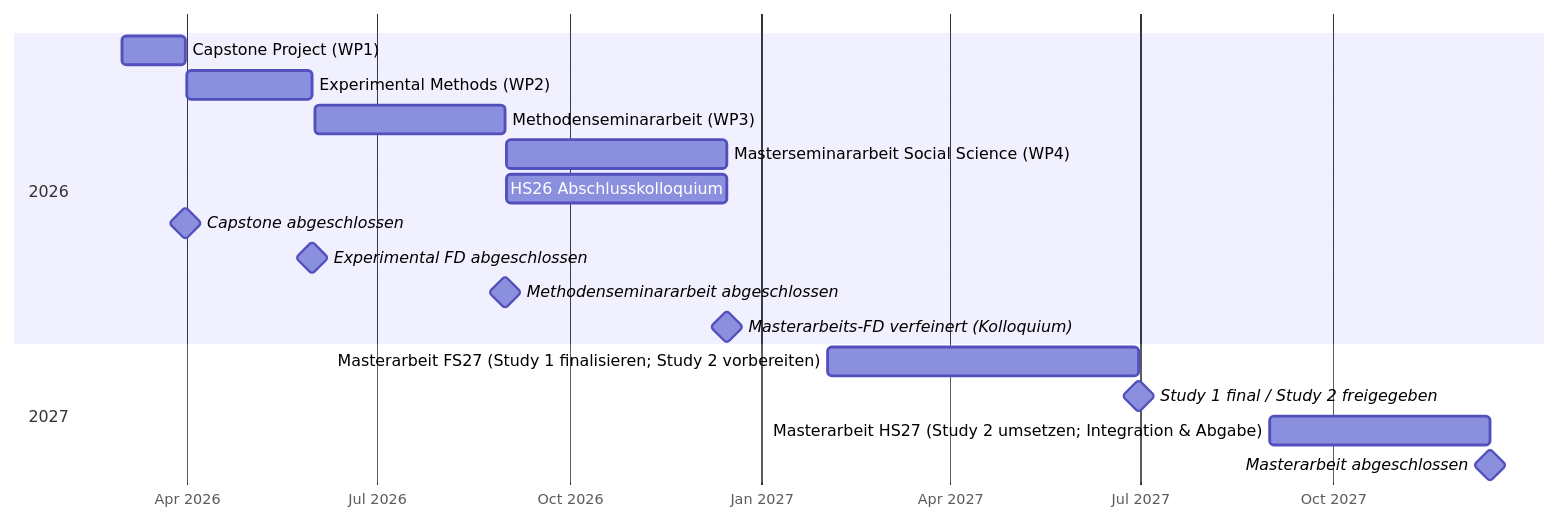
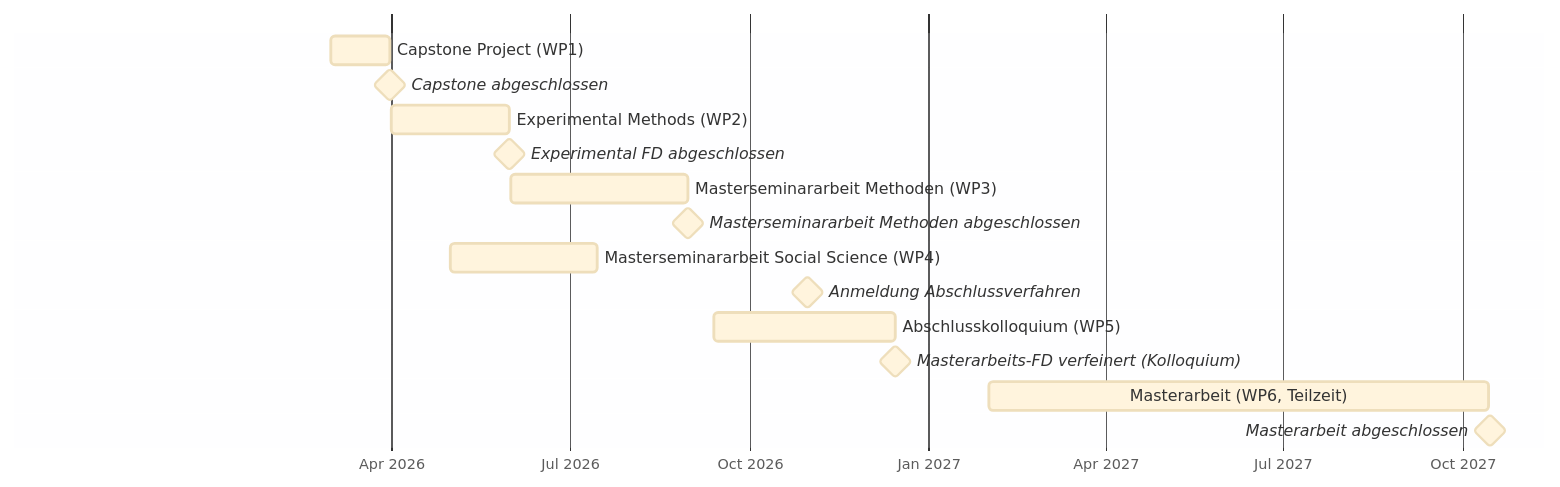
Before and after one commit to zaranyx6000/forschungsrahmenMA: the third of 3 diagrams in forschungsrahmen_uebersicht.qmd, drawn with Mermaid. The commit also changed other lines of this file and 2 other files, not shown here.

````diff
--- a/forschungsrahmen_uebersicht.qmd
+++ b/forschungsrahmen_uebersicht.qmd
@@ -90,24 +247,26 @@
 ```{mermaid}
 %%| label: fig-zeitplan
-%%| fig-cap: "Zeitplan 2026–2027 (Work Packages und Meilensteine)"
+%%| fig-cap: "Zeitplan 2026-2027 (Work Packages und Meilensteine)"
+%%| fig-align: center
+%%| fig-pos: false
+%%| fig-width: 6.5
+%%| out-width: 100%
+%%{init: {"theme":"base", "gantt": {"leftPadding": 220}}}%%
 gantt
   dateFormat  YYYY-MM-DD
   axisFormat  %b %Y
 
-  section 2026
-  Capstone Project (WP1)                     :a1, 2026-03-01, 2026-03-31
-  Experimental Methods (WP2)                 :a2, 2026-04-01, 2026-05-31
-  Methodenseminararbeit (WP3)                :a3, 2026-06-01, 2026-08-31
-  Masterseminararbeit Social Science (WP4)   :a4, 2026-09-01, 2026-12-15
-  HS26 Abschlusskolloquium                   :a5, 2026-09-01, 2026-12-15
-  Capstone abgeschlossen                      :milestone, m1, 2026-03-31, 0d
-  Experimental FD abgeschlossen               :milestone, m2, 2026-05-31, 0d
-  Methodenseminararbeit abgeschlossen         :milestone, m3, 2026-08-31, 0d
-  Masterarbeits-FD verfeinert (Kolloquium)    :milestone, m4, 2026-12-15, 0d
-
-  section 2027
-  Masterarbeit FS27 (Study 1 finalisieren; Study 2 vorbereiten) :b1, 2027-02-01, 2027-06-30
-  Study 1 final / Study 2 freigegeben                             :milestone, m5, 2027-06-30, 0d
-  Masterarbeit HS27 (Study 2 umsetzen; Integration & Abgabe)    :b2, 2027-09-01, 2027-12-15
-  Masterarbeit abgeschlossen                                      :milestone, m6, 2027-12-15, 0d
+  
+  Capstone Project (WP1)                       :a1, 2026-03-01, 2026-03-31
+  Capstone abgeschlossen                        :milestone, m1, 2026-03-31, 0d
+  Experimental Methods (WP2)                   :a2, 2026-04-01, 2026-05-31
+  Experimental FD abgeschlossen                 :milestone, m2, 2026-05-31, 0d
+  Masterseminararbeit Methoden (WP3)                  :a3, 2026-06-01, 2026-08-31
+  Masterseminararbeit Methoden abgeschlossen           :milestone, m3, 2026-08-31, 0d
+  Masterseminararbeit Social Science (WP4)     :a4, 2026-05-01, 2026-07-15
+  Anmeldung Abschlussverfahren                  :milestone, m4, 2026-10-31, 0d
+  Abschlusskolloquium (WP5)                          :a5, 2026-09-13, 2026-12-15
+  Masterarbeits-FD verfeinert (Kolloquium)      :milestone, m5, 2026-12-15, 0d
+  Masterarbeit (WP6, Teilzeit) :b1, 2027-02-01, 2027-10-14
+    Masterarbeit abgeschlossen                                      :milestone, m6, 2027-10-15, 0d
 ```
````
